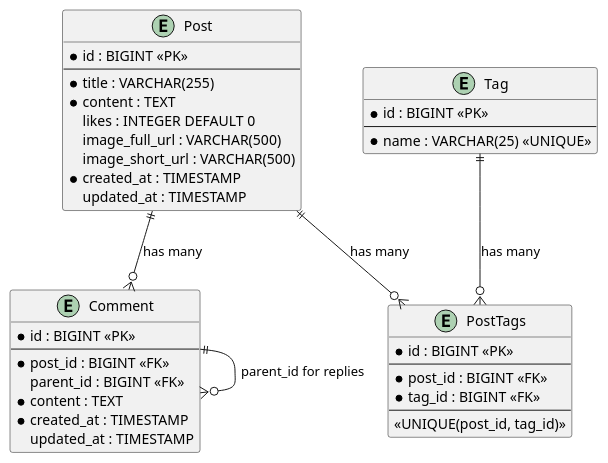
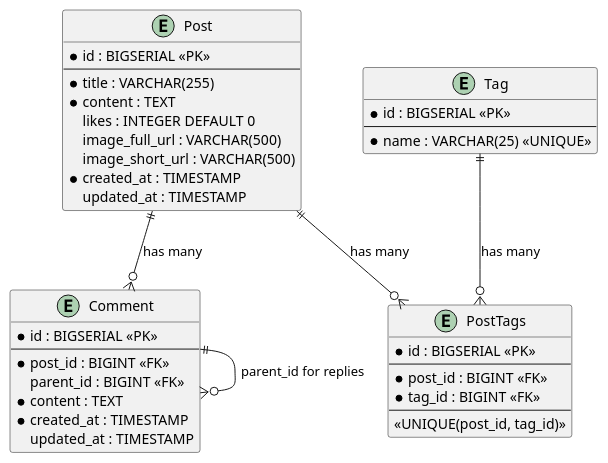
Before and after one commit to ksa-git-01/middle-java-sprint-3: the diagram in src/main/diagrams/er-diagram.puml, drawn with PlantUML.

Commit message:
fix ER diagram

```diff
--- a/src/main/diagrams/er-diagram.puml
+++ b/src/main/diagrams/er-diagram.puml
@@ -1,44 +1,44 @@
 @startuml
 entity Post {
-  * id : BIGINT <<PK>>
+  * id : BIGSERIAL <<PK>>
   --
   * title : VARCHAR(255)
   * content : TEXT
   likes : INTEGER DEFAULT 0
   image_full_url : VARCHAR(500)
   image_short_url : VARCHAR(500)
   * created_at : TIMESTAMP
   updated_at : TIMESTAMP
 }
 
 entity Comment {
-  * id : BIGINT <<PK>>
+  * id : BIGSERIAL <<PK>>
   --
   * post_id : BIGINT <<FK>>
   parent_id : BIGINT <<FK>>
   * content : TEXT
   * created_at : TIMESTAMP
   updated_at : TIMESTAMP
 }
 
 entity Tag {
-  * id : BIGINT <<PK>>
+  * id : BIGSERIAL <<PK>>
   --
   * name : VARCHAR(25) <<UNIQUE>>
 }
 
 entity PostTags {
-  * id : BIGINT <<PK>>
+  * id : BIGSERIAL <<PK>>
   --
   * post_id : BIGINT <<FK>>
   * tag_id : BIGINT <<FK>>
   --
   <<UNIQUE(post_id, tag_id)>>
 }
 
 Post ||--o{ Comment : "has many"
 Post ||--o{ PostTags : "has many"
 Tag ||--o{ PostTags : "has many"
 Comment ||--o{ Comment : "parent_id for replies"
 
 @enduml
```
